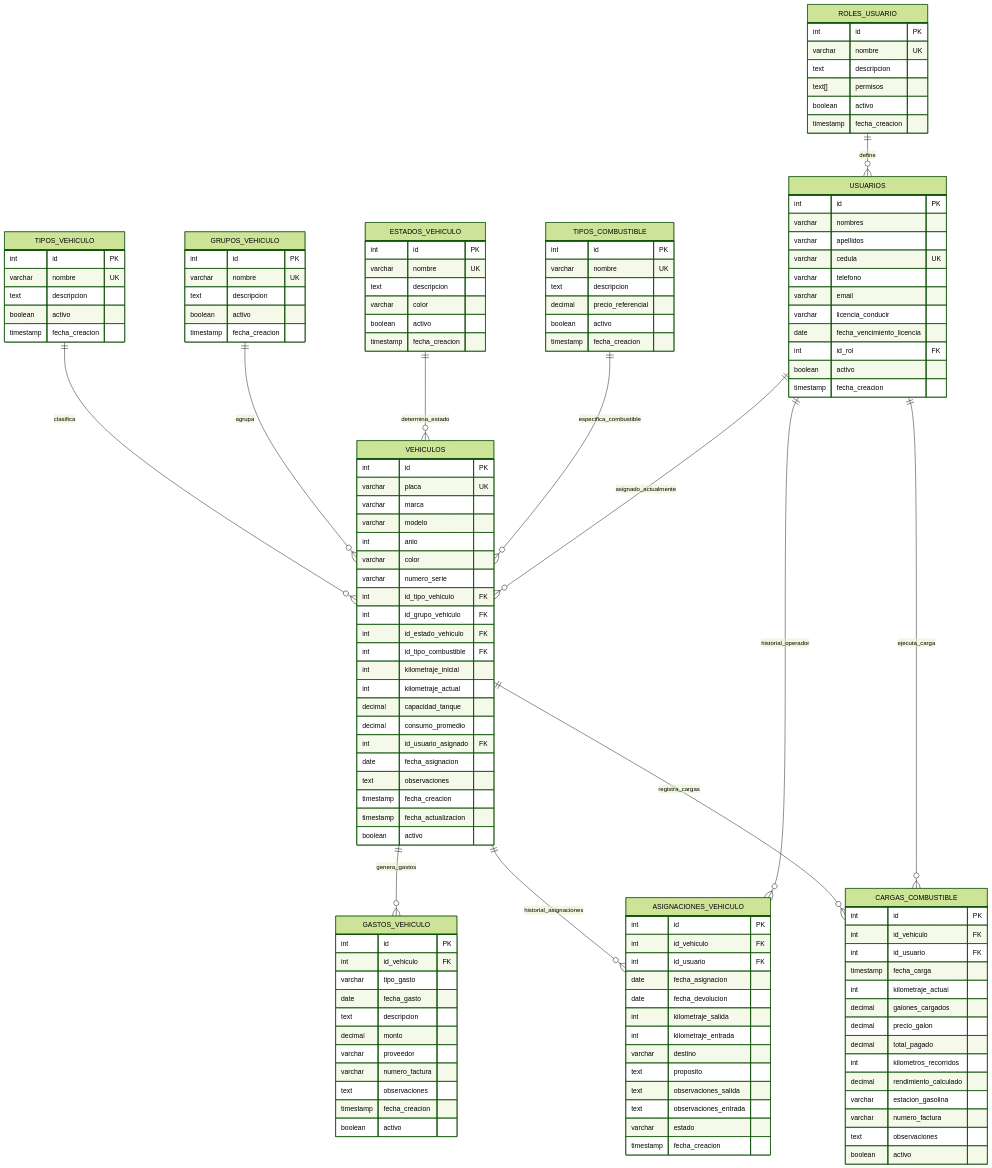
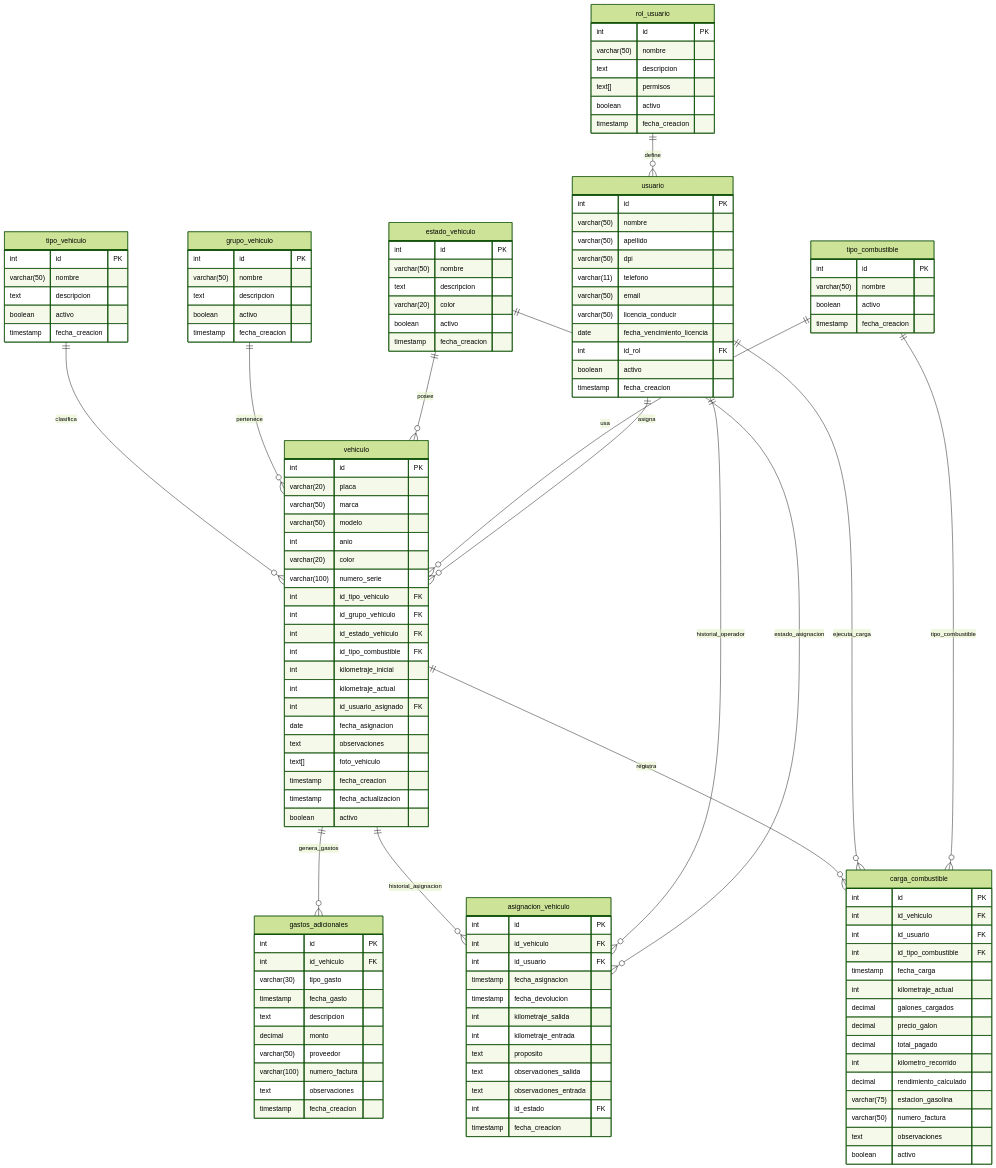
The diagram in diagrama-er-flota.md (NetiicSanchez/GestorVehiculo), drawn with Mermaid (forest theme) before and after one commit. The commit also changed 2 other files, not shown here.

Commit message:
elimando archivos sql

````diff
--- a/diagrama-er-flota.md
+++ b/diagrama-er-flota.md
@@ -2,46 +2,45 @@
 erDiagram
     %% ====================================================================
     %% DIAGRAMA ER - GESTOR DE FLOTA DE VEHÍCULOS
+    %% Versión Personalizada del Usuario
     %% ====================================================================
     
     %% Tablas de Catálogos (Maestros)
-    TIPOS_VEHICULO {
+    tipo_vehiculo {
         int id PK
-        varchar nombre UK
+        varchar(50) nombre
         text descripcion
         boolean activo
         timestamp fecha_creacion
     }
     
-    GRUPOS_VEHICULO {
+    grupo_vehiculo {
         int id PK
-        varchar nombre UK
+        varchar(50) nombre
         text descripcion
         boolean activo
         timestamp fecha_creacion
     }
     
-    ESTADOS_VEHICULO {
+    estado_vehiculo {
         int id PK
-        varchar nombre UK
+        varchar(50) nombre
         text descripcion
-        varchar color
+        varchar(20) color
         boolean activo
         timestamp fecha_creacion
     }
     
-    TIPOS_COMBUSTIBLE {
+    tipo_combustible {
         int id PK
-        varchar nombre UK
-        text descripcion
-        decimal precio_referencial
+        varchar(50) nombre
         boolean activo
         timestamp fecha_creacion
     }
     
-    ROLES_USUARIO {
+    rol_usuario {
         int id PK
-        varchar nombre UK
+        varchar(50) nombre
         text descripcion
         text[] permisos
         boolean activo
@@ -49,14 +48,14 @@
     }
     
     %% Tabla de Usuarios/Empleados
-    USUARIOS {
+    usuario {
         int id PK
-        varchar nombres
-        varchar apellidos
-        varchar cedula UK
-        varchar telefono
-        varchar email
-        varchar licencia_conducir
+        varchar(50) nombre
+        varchar(50) apellido
+        varchar(50) dpi
+        varchar(11) telefono
+        varchar(50) email
+        varchar(50) licencia_conducir
         date fecha_vencimiento_licencia
         int id_rol FK
         boolean activo
@@ -64,78 +63,76 @@
     }
     
     %% Tabla Principal - Vehículos
-    VEHICULOS {
+    vehiculo {
         int id PK
-        varchar placa UK
-        varchar marca
-        varchar modelo
+        varchar(20) placa
+        varchar(50) marca
+        varchar(50) modelo
         int anio
-        varchar color
-        varchar numero_serie
+        varchar(20) color
+        varchar(100) numero_serie
         int id_tipo_vehiculo FK
         int id_grupo_vehiculo FK
         int id_estado_vehiculo FK
         int id_tipo_combustible FK
         int kilometraje_inicial
         int kilometraje_actual
-        decimal capacidad_tanque
-        decimal consumo_promedio
         int id_usuario_asignado FK
         date fecha_asignacion
         text observaciones
+        text[] foto_vehiculo
         timestamp fecha_creacion
         timestamp fecha_actualizacion
         boolean activo
     }
     
     %% Tabla de Cargas de Combustible
-    CARGAS_COMBUSTIBLE {
+    carga_combustible {
         int id PK
         int id_vehiculo FK
         int id_usuario FK
+        int id_tipo_combustible FK
         timestamp fecha_carga
         int kilometraje_actual
         decimal galones_cargados
         decimal precio_galon
         decimal total_pagado
-        int kilometros_recorridos
+        int kilometro_recorrido
         decimal rendimiento_calculado
-        varchar estacion_gasolina
-        varchar numero_factura
+        varchar(75) estacion_gasolina
+        varchar(50) numero_factura
         text observaciones
         boolean activo
     }
     
     %% Tabla de Asignaciones (Historial)
-    ASIGNACIONES_VEHICULO {
+    asignacion_vehiculo {
         int id PK
         int id_vehiculo FK
         int id_usuario FK
-        date fecha_asignacion
-        date fecha_devolucion
+        timestamp fecha_asignacion
+        timestamp fecha_devolucion
         int kilometraje_salida
         int kilometraje_entrada
-        varchar destino
         text proposito
         text observaciones_salida
         text observaciones_entrada
-        varchar estado
+        int id_estado FK
         timestamp fecha_creacion
     }
     
     %% Tabla de Gastos Adicionales
-    GASTOS_VEHICULO {
+    gastos_adicionales {
         int id PK
         int id_vehiculo FK
-        varchar tipo_gasto
-        date fecha_gasto
+        varchar(30) tipo_gasto
+        timestamp fecha_gasto
         text descripcion
         decimal monto
-        varchar proveedor
-        varchar numero_factura
+        varchar(50) proveedor
+        varchar(100) numero_factura
         text observaciones
         timestamp fecha_creacion
-        boolean activo
     }
     
     %% ====================================================================
@@ -143,25 +140,27 @@
     %% ====================================================================
     
     %% Relaciones de USUARIOS
-    ROLES_USUARIO ||--o{ USUARIOS : "define"
+    rol_usuario ||--o{ usuario : "define"
     
     %% Relaciones de VEHICULOS (con catálogos)
-    TIPOS_VEHICULO ||--o{ VEHICULOS : "clasifica"
-    GRUPOS_VEHICULO ||--o{ VEHICULOS : "agrupa"
-    ESTADOS_VEHICULO ||--o{ VEHICULOS : "determina_estado"
-    TIPOS_COMBUSTIBLE ||--o{ VEHICULOS : "especifica_combustible"
+    tipo_vehiculo ||--o{ vehiculo : "clasifica"
+    grupo_vehiculo ||--o{ vehiculo : "pertenece"
+    estado_vehiculo ||--o{ vehiculo : "posee"
+    tipo_combustible ||--o{ vehiculo : "usa"
     
     %% Relación de Asignación Actual
-    USUARIOS ||--o{ VEHICULOS : "asignado_actualmente"
+    usuario ||--o{ vehiculo : "asigna"
     
     %% Relaciones de CARGAS_COMBUSTIBLE
-    VEHICULOS ||--o{ CARGAS_COMBUSTIBLE : "registra_cargas"
-    USUARIOS ||--o{ CARGAS_COMBUSTIBLE : "ejecuta_carga"
+    vehiculo ||--o{ carga_combustible : "registra"
+    usuario ||--o{ carga_combustible : "ejecuta_carga"
+    tipo_combustible ||--o{ carga_combustible : "tipo_combustible"
     
     %% Relaciones de ASIGNACIONES_VEHICULO (Historial)
-    VEHICULOS ||--o{ ASIGNACIONES_VEHICULO : "historial_asignaciones"
-    USUARIOS ||--o{ ASIGNACIONES_VEHICULO : "historial_operador"
+    vehiculo ||--o{ asignacion_vehiculo : "historial_asignacion"
+    usuario ||--o{ asignacion_vehiculo : "historial_operador"
+    estado_vehiculo ||--o{ asignacion_vehiculo : "estado_asignacion"
     
     %% Relaciones de GASTOS_VEHICULO
-    VEHICULOS ||--o{ GASTOS_VEHICULO : "genera_gastos"
+    vehiculo ||--o{ gastos_adicionales : "genera_gastos"
 ```
````
